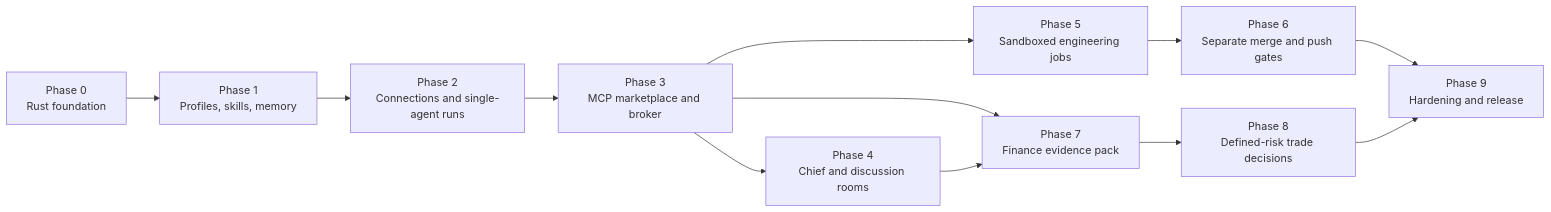
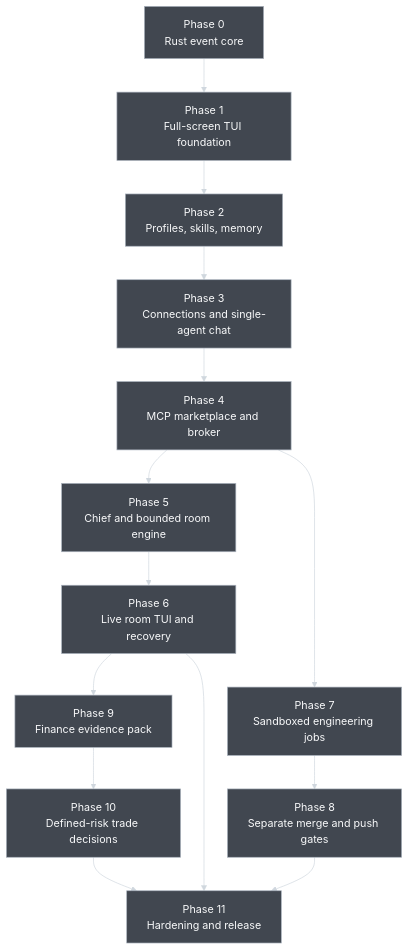
The diagram in phases.md (nsnguyen/ai-stock-forum), drawn with Mermaid before and after one commit. The commit also changed other lines of this file and 1 other file, not shown here.

Commit message:
docs: make full-screen TUI part of version 1

````diff
--- a/phases.md
+++ b/phases.md
@@ -62,17 +75,41 @@
 ```mermaid
-flowchart LR
-    P0["Phase 0<br/>Rust foundation"] --> P1["Phase 1<br/>Profiles, skills, memory"]
-    P1 --> P2["Phase 2<br/>Connections and single-agent runs"]
-    P2 --> P3["Phase 3<br/>MCP marketplace and broker"]
-    P3 --> P4["Phase 4<br/>Chief and discussion rooms"]
+---
+config:
+  theme: base
+  themeCSS: "svg { background-color: #2B2F36 !important; }"
+  themeVariables:
+    darkMode: true
+    background: "#2B2F36"
+    primaryColor: "#414750"
+    primaryTextColor: "#F8F9FA"
+    primaryBorderColor: "#AAB2BD"
+    secondaryColor: "#343A40"
+    secondaryTextColor: "#F8F9FA"
+    secondaryBorderColor: "#9AA4AF"
+    tertiaryColor: "#4B525C"
+    tertiaryTextColor: "#FFFFFF"
+    tertiaryBorderColor: "#C5CCD3"
+    lineColor: "#D0D7DE"
+    textColor: "#F8F9FA"
+    edgeLabelBackground: "#343A40"
+    clusterBkg: "#30353C"
+    clusterBorder: "#8C959F"
+---
+flowchart TB
+    P0["Phase 0<br/>Rust event core"] --> P1["Phase 1<br/>Full-screen TUI foundation"]
+    P1 --> P2["Phase 2<br/>Profiles, skills, memory"]
+    P2 --> P3["Phase 3<br/>Connections and single-agent chat"]
+    P3 --> P4["Phase 4<br/>MCP marketplace and broker"]
+    P4 --> P5["Phase 5<br/>Chief and bounded room engine"]
+    P5 --> P6["Phase 6<br/>Live room TUI and recovery"]
 
-    P3 --> P5["Phase 5<br/>Sandboxed engineering jobs"]
-    P5 --> P6["Phase 6<br/>Separate merge and push gates"]
+    P4 --> P7["Phase 7<br/>Sandboxed engineering jobs"]
+    P7 --> P8["Phase 8<br/>Separate merge and push gates"]
 
-    P3 --> P7["Phase 7<br/>Finance evidence pack"]
-    P4 --> P7
-    P7 --> P8["Phase 8<br/>Defined-risk trade decisions"]
+    P6 --> P9["Phase 9<br/>Finance evidence pack"]
+    P9 --> P10["Phase 10<br/>Defined-risk trade decisions"]
 
-    P6 --> P9["Phase 9<br/>Hardening and release"]
-    P8 --> P9
+    P6 --> P11["Phase 11<br/>Hardening and release"]
+    P8 --> P11
+    P10 --> P11
 ```
````
